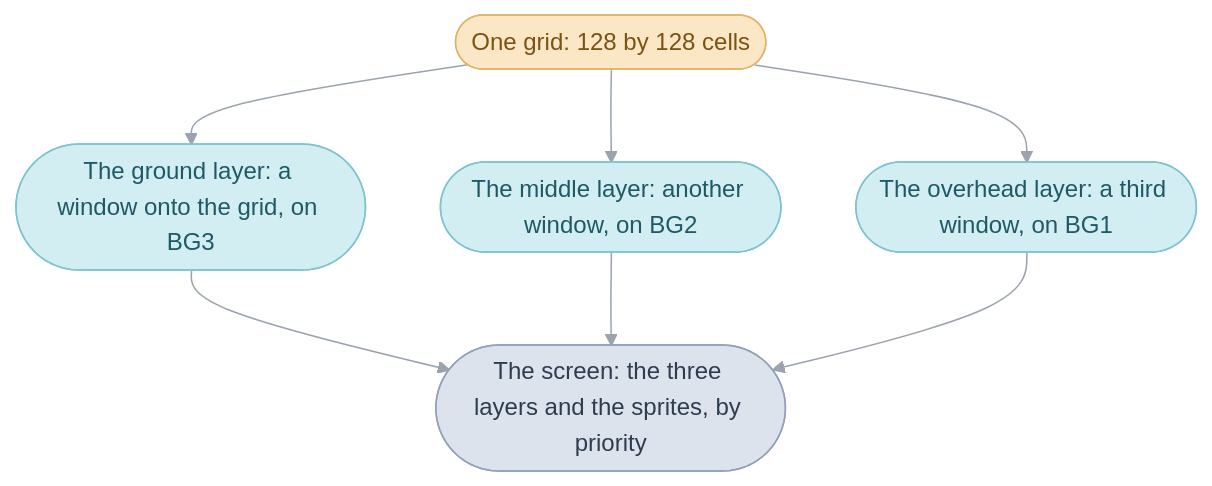
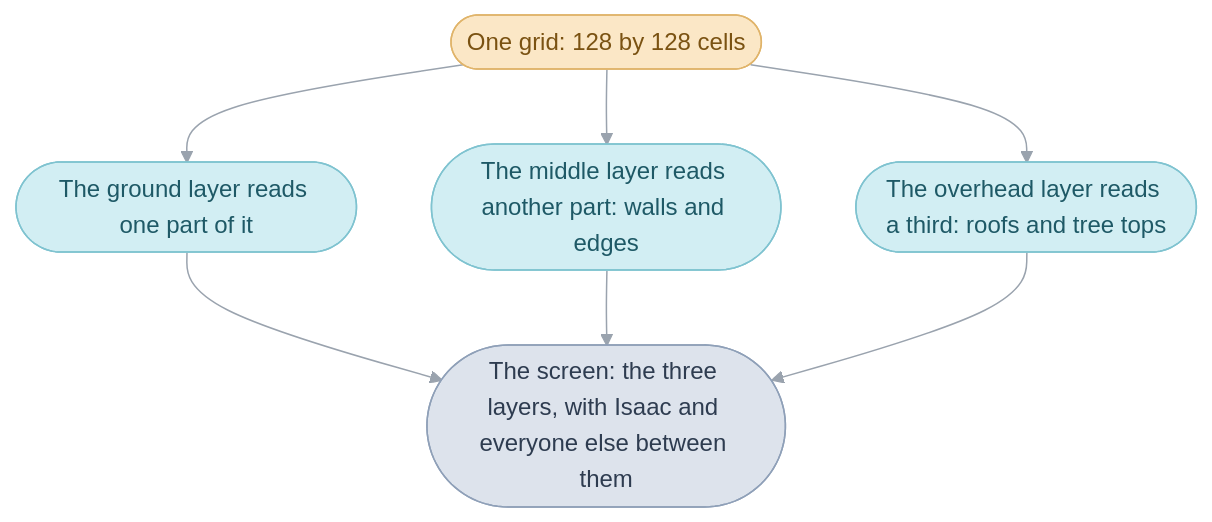
One commit to PascalPixel/alchemy changed the diagram in games/tbs/src/map/README.md. Above: the diagram before and after it, drawn with Mermaid. The commit also changed other lines of this file and 20 other files, not shown here.

````diff
--- a/games/tbs/src/map/README.md
+++ b/games/tbs/src/map/README.md
@@ -33,14 +26,14 @@
 ```mermaid
 %%{init: {"theme": "base", "themeVariables": {"lineColor": "#9AA3AE", "edgeLabelBackground": "#FFFFFF"}, "flowchart": {"curve": "basis", "padding": 12}}}%%
 flowchart TD
-  grid(["One grid: 128 by 128 cells"]) --> ground(["The ground layer: a window onto the grid, on BG3"])
-  grid --> middle(["The middle layer: another window, on BG2"])
-  grid --> overhead(["The overhead layer: a third window, on BG1"])
-  ground & middle & overhead --> screen(["The screen: the three layers and the sprites, by priority"])
+  grid(["One grid: 128 by 128 cells"]) --> ground(["The ground layer reads one part of it"])
+  grid --> middle(["The middle layer reads another part: walls and edges"])
+  grid --> overhead(["The overhead layer reads a third: roofs and tree tops"])
+  ground & middle & overhead --> screen(["The screen: the three layers, with Isaac and everyone else between them"])
   classDef data fill:#FBE7C6,stroke:#E0B46A,color:#7A5212
   classDef layer fill:#D2EEF3,stroke:#7FC3D0,color:#1E5966
   classDef hardware fill:#DDE3EC,stroke:#8FA0B8,color:#2E3C50
   class grid data
   class ground,middle,overhead layer
   class screen hardware
 ```
````
